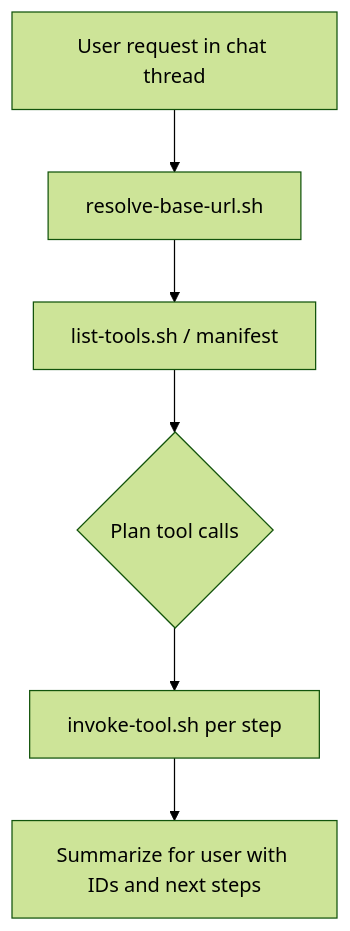
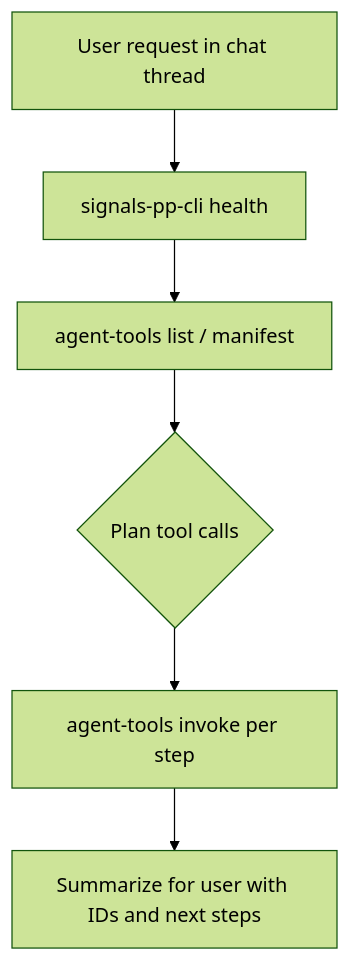
One commit to therealtimex/signals changed the diagram in .claude/skills/realtimex-signals/SKILL.md. Above: the diagram before and after it, drawn with Mermaid (forest theme). The commit also changed other lines of this file and 5 other files, not shown here.

Commit message:
fix(persona): use signals CLI for job callbacks

````diff
--- a/.claude/skills/realtimex-signals/SKILL.md
+++ b/.claude/skills/realtimex-signals/SKILL.md
@@ -103,8 +129,8 @@
 ```mermaid
 flowchart TD
-  A[User request in chat thread] --> B[resolve-base-url.sh]
-  B --> C[list-tools.sh / manifest]
+  A[User request in chat thread] --> B[signals-pp-cli health]
+  B --> C[agent-tools list / manifest]
   C --> D{Plan tool calls}
-  D --> E[invoke-tool.sh per step]
+  D --> E[agent-tools invoke per step]
   E --> F[Summarize for user with IDs and next steps]
 ```
````
